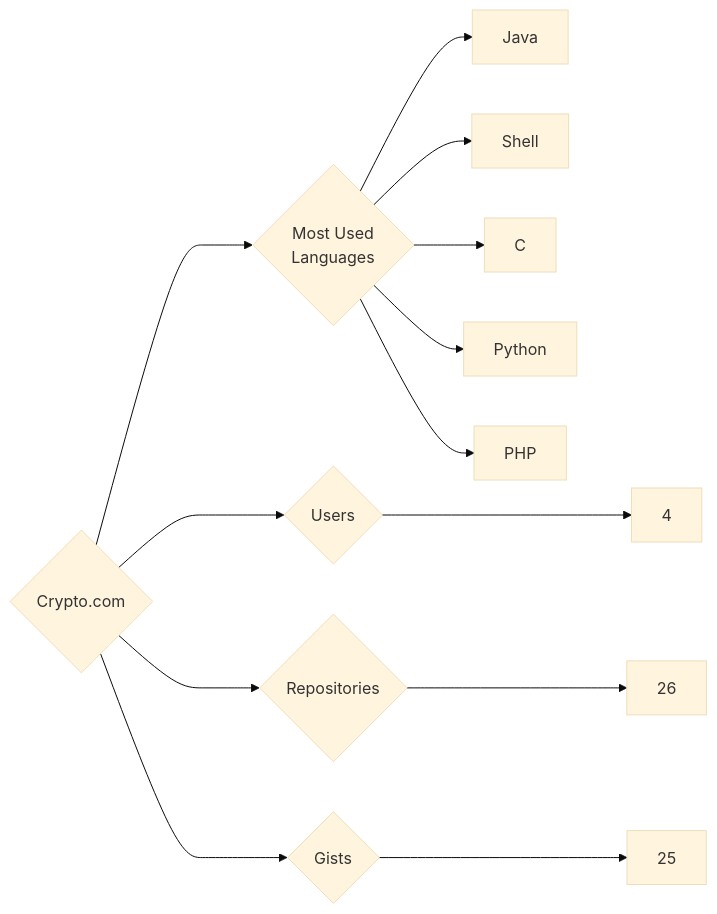
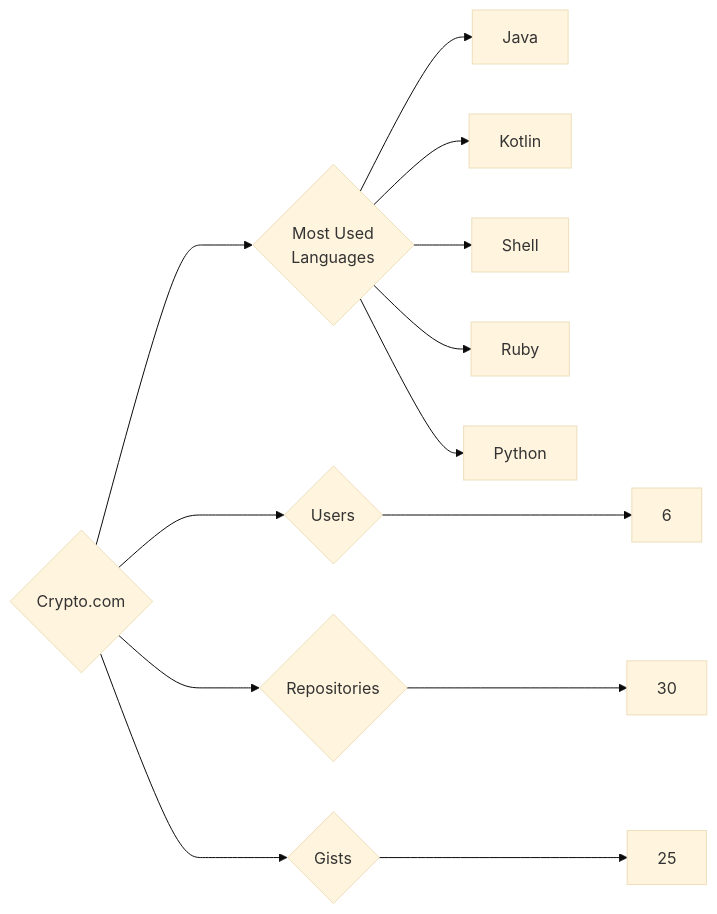
Before and after one commit to trickest/insiders: the diagram in targets/Crypto.com/README.md, drawn with Mermaid (base theme). The commit also changed 938 other files, not shown here.

````diff
--- a/targets/Crypto.com/README.md
+++ b/targets/Crypto.com/README.md
@@ -3,13 +3,13 @@
 ```mermaid
 graph LR
 COMPANY_NAME{Crypto.com}
-COMPANY_NAME ---> U{Users} ---> UN[4]
-COMPANY_NAME ---> R{Repositories} ---> RN[26]
+COMPANY_NAME ---> U{Users} ---> UN[6]
+COMPANY_NAME ---> R{Repositories} ---> RN[30]
 COMPANY_NAME ---> G{Gists} ---> GN[25]
 COMPANY_NAME ---> ML{Most Used<br>Languages}
 ML --> Java[Java]
+ML --> Kotlin[Kotlin]
 ML --> Shell[Shell]
-ML --> C[C]
+ML --> Ruby[Ruby]
 ML --> Python[Python]
-ML --> PHP[PHP]
 ```
````
